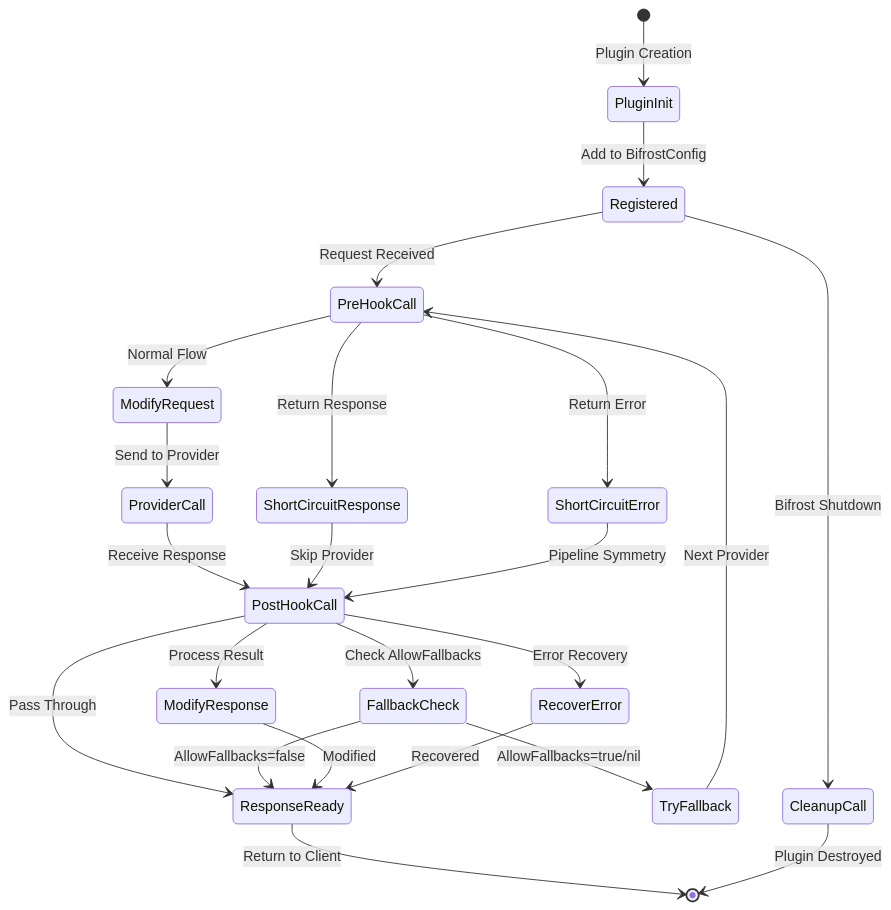
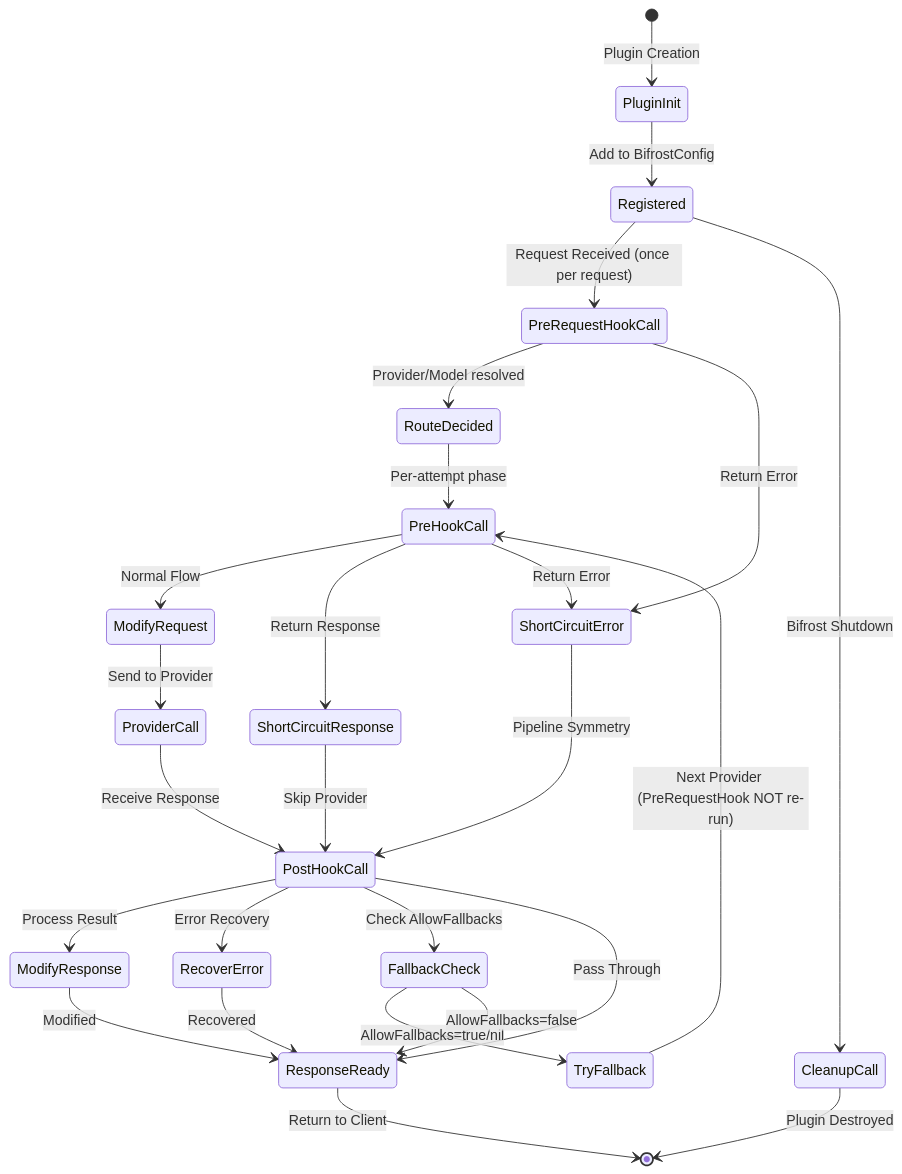
Before and after one commit to maximhq/bifrost: the second of 10 diagrams in docs/architecture/core/plugins.mdx, drawn with Mermaid. The commit also changed other lines of this file and 4 other files, not shown here.

````diff
--- a/docs/architecture/core/plugins.mdx
+++ b/docs/architecture/core/plugins.mdx
@@ -67,32 +67,36 @@
 ```mermaid
 stateDiagram-v2
     [*] --> PluginInit: Plugin Creation
     PluginInit --> Registered: Add to BifrostConfig
-    Registered --> PreHookCall: Request Received
+    Registered --> PreRequestHookCall: Request Received (once per request)
 
+    PreRequestHookCall --> RouteDecided: Provider/Model resolved
+    PreRequestHookCall --> ShortCircuitError: Return Error
+
+    RouteDecided --> PreHookCall: Per-attempt phase
     PreHookCall --> ModifyRequest: Normal Flow
     PreHookCall --> ShortCircuitResponse: Return Response
     PreHookCall --> ShortCircuitError: Return Error
 
     ModifyRequest --> ProviderCall: Send to Provider
     ProviderCall --> PostHookCall: Receive Response
 
     ShortCircuitResponse --> PostHookCall: Skip Provider
     ShortCircuitError --> PostHookCall: Pipeline Symmetry
 
     PostHookCall --> ModifyResponse: Process Result
     PostHookCall --> RecoverError: Error Recovery
     PostHookCall --> FallbackCheck: Check AllowFallbacks
     PostHookCall --> ResponseReady: Pass Through
 
     FallbackCheck --> TryFallback: AllowFallbacks=true/nil
     FallbackCheck --> ResponseReady: AllowFallbacks=false
-    TryFallback --> PreHookCall: Next Provider
+    TryFallback --> PreHookCall: Next Provider (PreRequestHook NOT re-run)
 
     ModifyResponse --> ResponseReady: Modified
     RecoverError --> ResponseReady: Recovered
     ResponseReady --> [*]: Return to Client
 
     Registered --> CleanupCall: Bifrost Shutdown
     CleanupCall --> [*]: Plugin Destroyed
 ```
````
